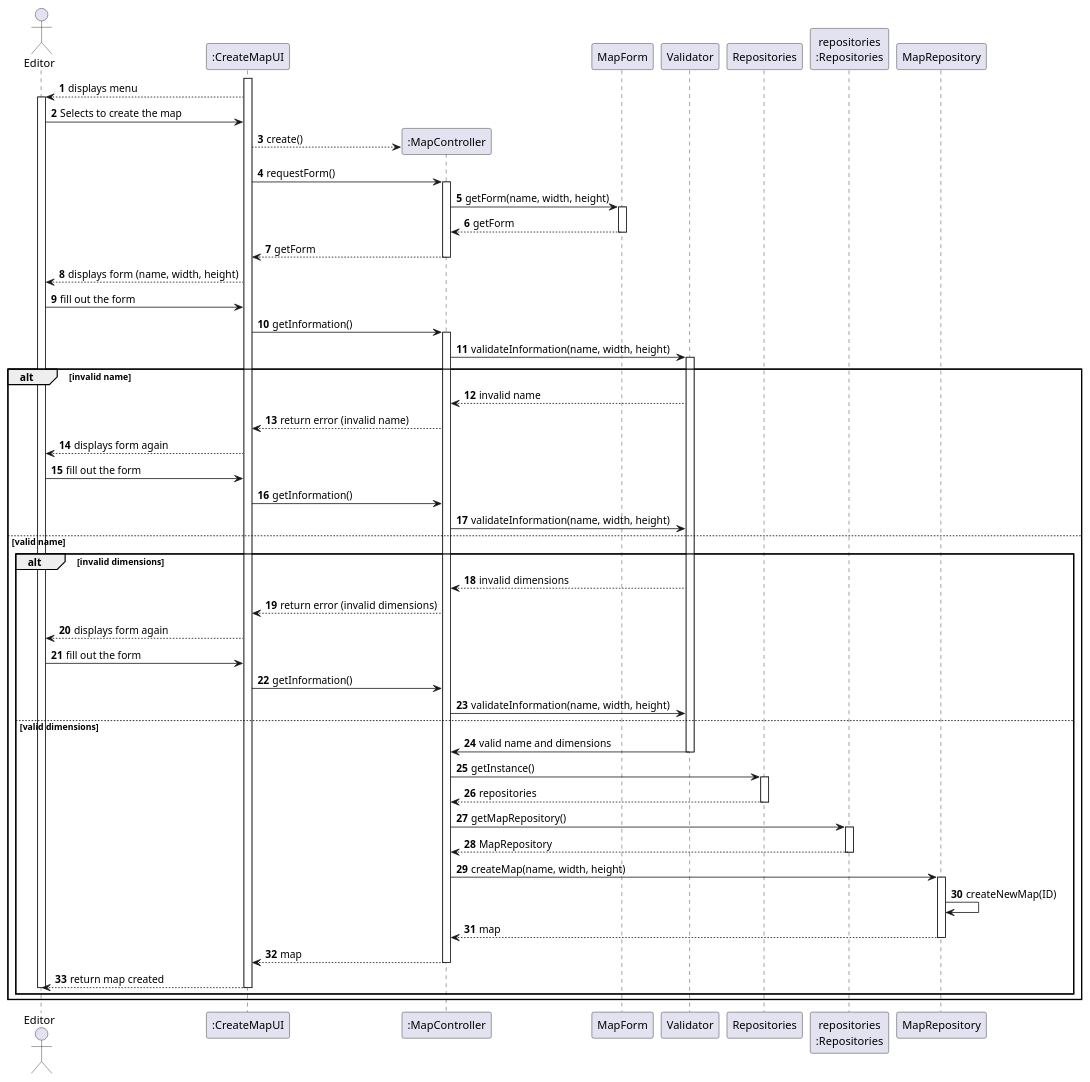
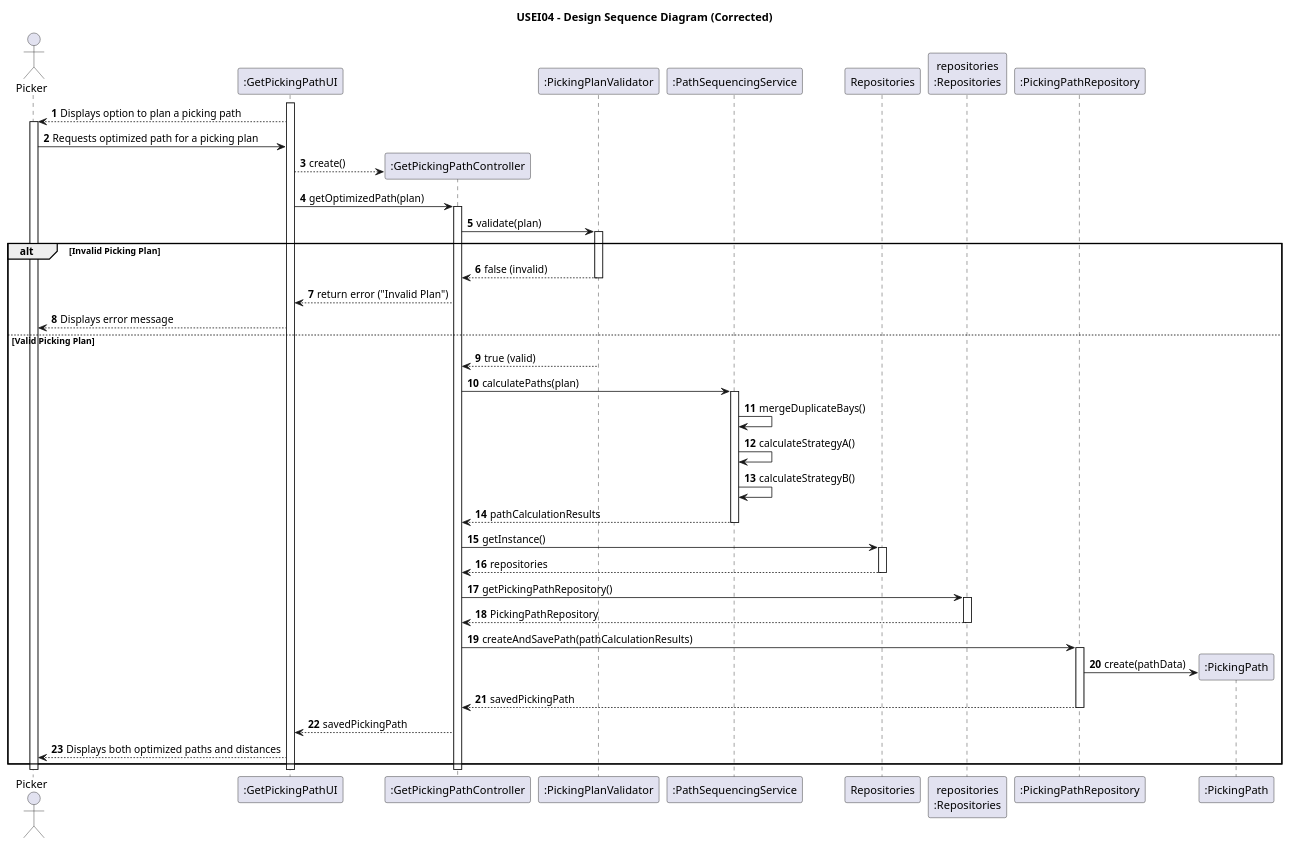
The diagram in src/SPRINT1/ESINF/USEI04/03.design/puml/US001-SD-full.puml (Departamento-de-Engenharia-Informatica/sem3-pi-25-26-g023-repo), drawn with PlantUML before and after one commit. The commit also changed 1 other file, not shown here.

Commit message:
add design cd and sd

```diff
--- a/src/SPRINT1/ESINF/USEI04/03.design/puml/US001-SD-full.puml
+++ b/src/SPRINT1/ESINF/USEI04/03.design/puml/US001-SD-full.puml
@@ -1,76 +1,71 @@
 @startuml
-'skinparam monochrome true
+
+title USEI04 - Design Sequence Diagram (Corrected)
+
 skinparam packageStyle rectangle
 skinparam shadowing false
-
 autonumber
 
-actor "Editor" as Editor
-participant ":CreateMapUI" as System
-participant ":MapController" as CTR
-participant "MapForm" as Form
-participant "Validator" as Val
+actor "Picker" as Picker
+participant ":GetPickingPathUI" as UI
+participant ":GetPickingPathController" as CTR
+participant ":PickingPlanValidator" as Validator
+participant ":PathSequencingService" as Service
 participant "Repositories" as REPOS
 participant "repositories\n:Repositories" as REPOS_SINGLETON
-participant "MapRepository" as Rep
+participant ":PickingPathRepository" as Repo
+participant ":PickingPath" as Path
 
-activate System
-    System --> Editor : displays menu
-    activate Editor
-        Editor -> System : Selects to create the map
-        System --> CTR** : create()
-        System -> CTR : requestForm()
+activate UI
+    UI --> Picker: Displays option to plan a picking path
+    activate Picker
+        Picker -> UI: Requests optimized path for a picking plan
+
+        UI --> CTR** : create()
+        UI -> CTR: getOptimizedPath(plan)
         activate CTR
-            CTR -> Form : getForm(name, width, height)
-            activate Form
-                Form --> CTR : getForm
-            deactivate Form
-            CTR --> System : getForm
+            CTR -> Validator: validate(plan)
+            activate Validator
+                alt Invalid Picking Plan
+                    Validator --> CTR: false (invalid)
+                    deactivate Validator
+                    CTR --> UI: return error ("Invalid Plan")
+                    UI --> Picker: Displays error message
+                else Valid Picking Plan
+                    Validator --> CTR: true (valid)
+                    deactivate Validator
+
+                    CTR -> Service: calculatePaths(plan)
+                    activate Service
+                        ' Internal service logic to find best paths
+                        Service -> Service: mergeDuplicateBays()
+                        Service -> Service: calculateStrategyA()
+                        Service -> Service: calculateStrategyB()
+                        Service --> CTR: pathCalculationResults
+                    deactivate Service
+
+                    CTR -> REPOS : getInstance()
+                    activate REPOS
+                        REPOS --> CTR: repositories
+                    deactivate REPOS
+
+                    CTR -> REPOS_SINGLETON : getPickingPathRepository()
+                    activate REPOS_SINGLETON
+                        REPOS_SINGLETON --> CTR: PickingPathRepository
+                    deactivate REPOS_SINGLETON
+
+                    CTR -> Repo : createAndSavePath(pathCalculationResults)
+                    activate Repo
+                        Repo -> Path** : create(pathData)
+                        ' Internal logic to save the new Path object to the database
+                        Repo --> CTR : savedPickingPath
+                    deactivate Repo
+
+                    CTR --> UI : savedPickingPath
+                    UI --> Picker: Displays both optimized paths and distances
+                end
         deactivate CTR
-
-        System --> Editor : displays form (name, width, height)
-        Editor -> System : fill out the form
-        System -> CTR : getInformation()
-        activate CTR
-            CTR -> Val : validateInformation(name, width, height)
-            activate Val
-                alt invalid name
-                    Val --> CTR : invalid name
-                    CTR --> System : return error (invalid name)
-                    System --> Editor : displays form again
-                    Editor -> System : fill out the form
-                    System -> CTR : getInformation()
-                    CTR -> Val : validateInformation(name, width, height)
-                else valid name
-                alt invalid dimensions
-                    Val --> CTR : invalid dimensions
-                    CTR --> System : return error (invalid dimensions)
-                    System --> Editor : displays form again
-                    Editor -> System : fill out the form
-                    System -> CTR : getInformation()
-                    CTR -> Val : validateInformation(name, width, height)
-                else valid dimensions
-                Val -> CTR : valid name and dimensions
-            deactivate Val
-            CTR -> REPOS : getInstance()
-            activate REPOS
-                REPOS --> CTR: repositories
-            deactivate REPOS
-            CTR -> REPOS_SINGLETON : getMapRepository()
-            activate REPOS_SINGLETON
-                REPOS_SINGLETON --> CTR: MapRepository
-            deactivate REPOS_SINGLETON
-            CTR -> Rep : createMap(name, width, height)
-            activate Rep
-                Rep -> Rep : createNewMap(ID)
-                Rep --> CTR : map
-            deactivate Rep
-            CTR --> System : map
-        deactivate CTR
-        System --> Editor : return map created
-    deactivate Editor
-deactivate System
-end
-end
+    deactivate Picker
+deactivate UI
 
 @enduml
```
